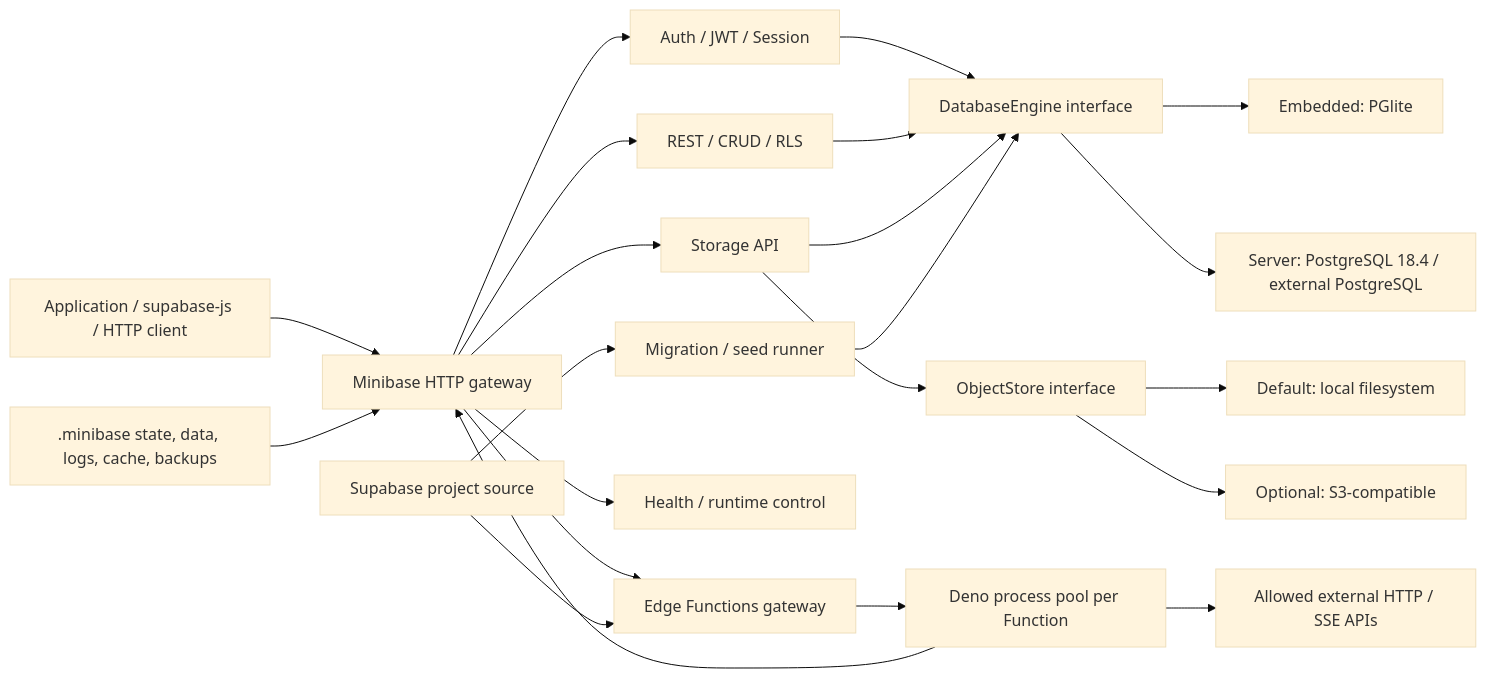
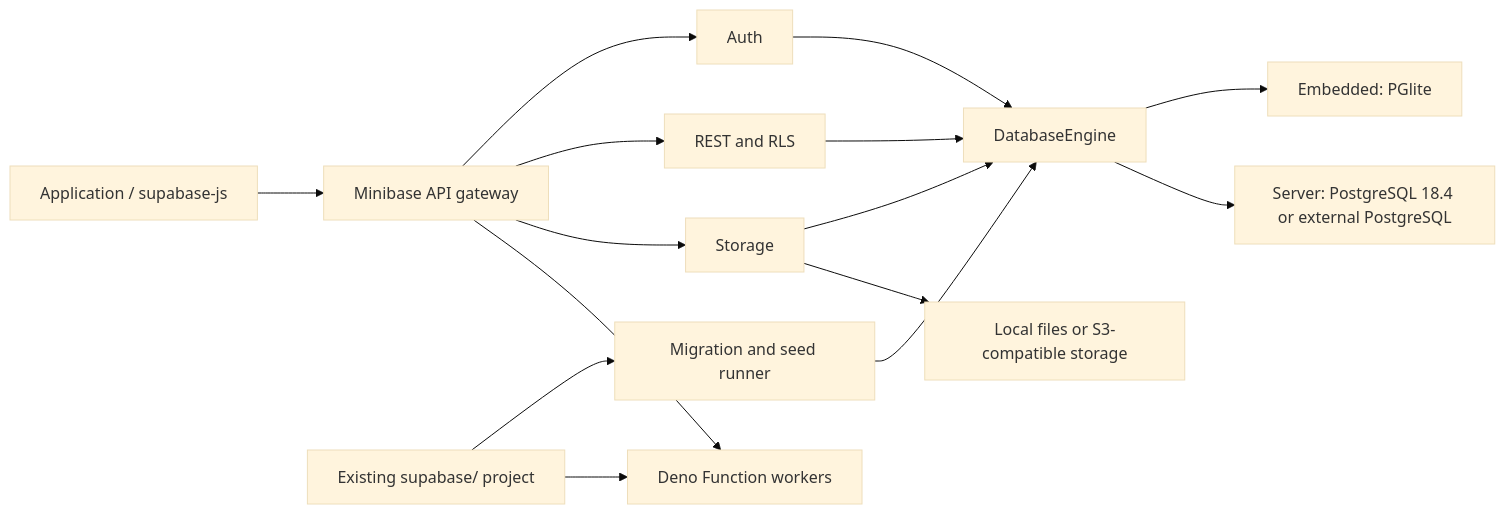
Before and after one commit to mevies/minibase: the diagram in README.md, drawn with Mermaid (base theme). The commit also changed other lines of this file and 1 other file, not shown here.

````diff
--- a/README.md
+++ b/README.md
@@ -46,27 +173,17 @@
 ```mermaid
 flowchart LR
-  Client["Application / supabase-js / HTTP client"] --> Gateway["Minibase HTTP gateway"]
-  Gateway --> Auth["Auth / JWT / Session"]
-  Gateway --> REST["REST / CRUD / RLS"]
-  Gateway --> StorageAPI["Storage API"]
-  Gateway --> Functions["Edge Functions gateway"]
-  Gateway --> Health["Health / runtime control"]
-
-  Auth --> Database["DatabaseEngine interface"]
-  REST --> Database
-  StorageAPI --> Database
-  StorageAPI --> ObjectStore["ObjectStore interface"]
-  Functions --> Workers["Deno process pool per Function"]
-  Workers --> Gateway
-  Workers --> Internet["Allowed external HTTP / SSE APIs"]
-
-  Database --> PGlite["Embedded: PGlite"]
-  Database --> PostgreSQL["Server: PostgreSQL 18.4 / external PostgreSQL"]
-  ObjectStore --> Local["Default: local filesystem"]
-  ObjectStore --> S3["Optional: S3-compatible"]
-
-  Project["Supabase project source"] --> Migrations["Migration / seed runner"]
-  Project --> Functions
-  Migrations --> Database
-  Runtime[".minibase state, data, logs, cache, backups"] --> Gateway
+  App["Application / supabase-js"] --> API["Minibase API gateway"]
+  Project["Existing supabase/ project"] --> Migrate["Migration and seed runner"]
+  Project --> Functions["Deno Function workers"]
+  API --> Auth["Auth"]
+  API --> REST["REST and RLS"]
+  API --> Storage["Storage"]
+  API --> Functions
+  Auth --> DB["DatabaseEngine"]
+  REST --> DB
+  Storage --> DB
+  Migrate --> DB
+  DB --> PGlite["Embedded: PGlite"]
+  DB --> Postgres["Server: PostgreSQL 18.4 or external PostgreSQL"]
+  Storage --> Objects["Local files or S3-compatible storage"]
 ```
````
